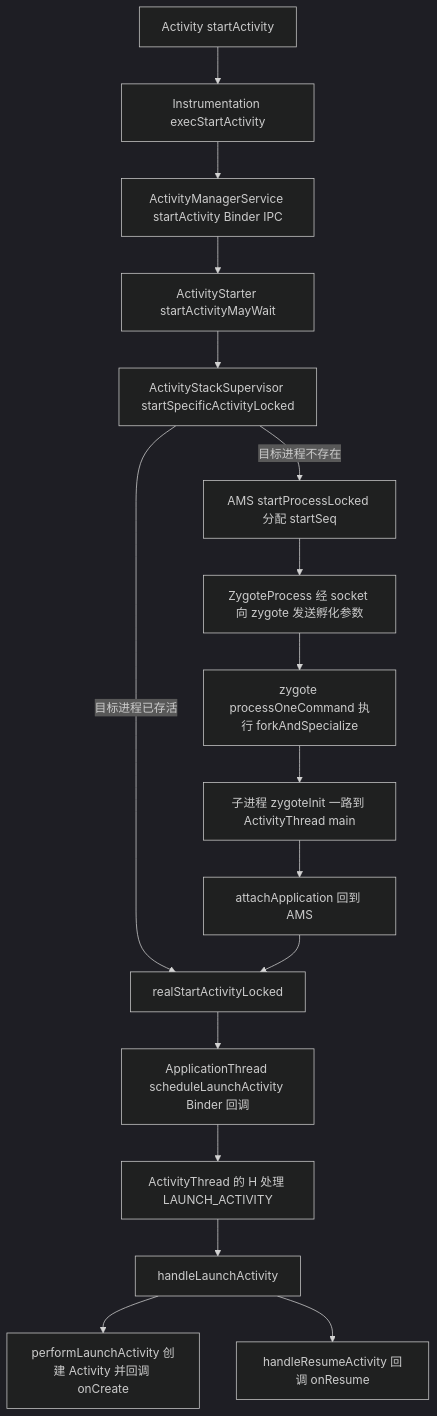
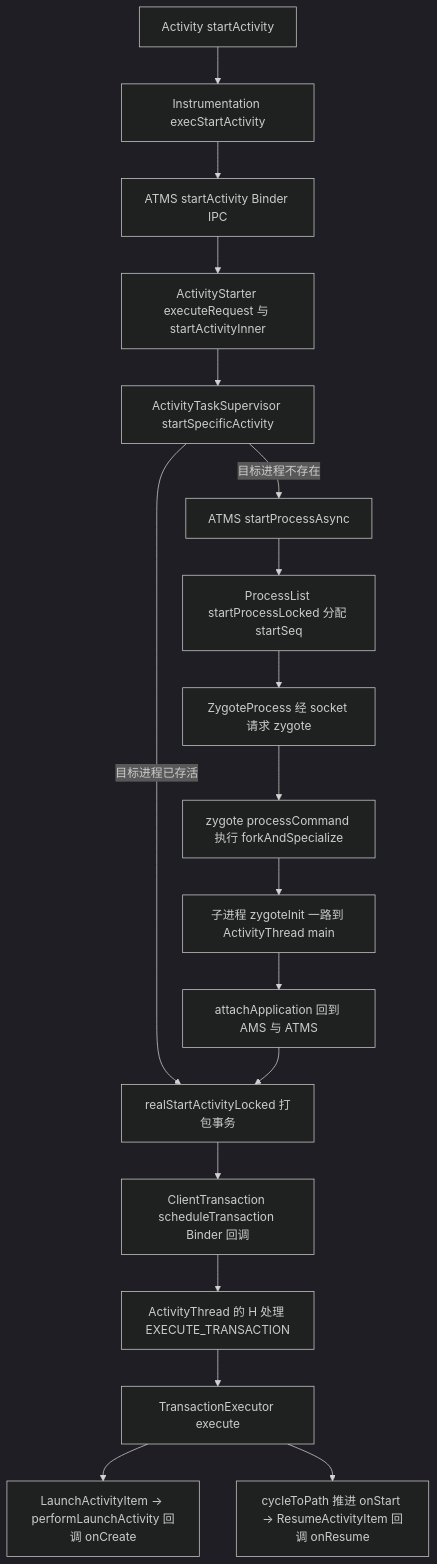
One commit to coswit/coswit.github.io changed the first of 7 diagrams in Android/Android源码分析/AndroidActivity源码分析.md. Above: the diagram before and after it, drawn with Mermaid (dark theme). The commit also changed other lines of this file and 1 other file, not shown here.

````diff
--- a/Android/Android源码分析/AndroidActivity源码分析.md
+++ b/Android/Android源码分析/AndroidActivity源码分析.md
@@ -20,19 +20,20 @@
 ```mermaid
 flowchart TD
     A[Activity startActivity] --> B[Instrumentation execStartActivity]
-    B --> C[ActivityManagerService startActivity Binder IPC]
-    C --> D[ActivityStarter startActivityMayWait]
-    D --> E[ActivityStackSupervisor startSpecificActivityLocked]
-    E -->|目标进程已存活| F[realStartActivityLocked]
-    E -->|目标进程不存在| P[AMS startProcessLocked 分配 startSeq]
-    P --> Q[ZygoteProcess 经 socket 向 zygote 发送孵化参数]
-    Q --> R[zygote processOneCommand 执行 forkAndSpecialize]
-    R --> S[子进程 zygoteInit 一路到 ActivityThread main]
-    S --> T[attachApplication 回到 AMS]
-    T --> F
-    F --> G[ApplicationThread scheduleLaunchActivity Binder 回调]
-    G --> H[ActivityThread 的 H 处理 LAUNCH_ACTIVITY]
-    H --> I[handleLaunchActivity]
-    I --> J[performLaunchActivity 创建 Activity 并回调 onCreate]
-    I --> K[handleResumeActivity 回调 onResume]
+    B --> C[ATMS startActivity Binder IPC]
+    C --> D[ActivityStarter executeRequest 与 startActivityInner]
+    D --> E[ActivityTaskSupervisor startSpecificActivity]
+    E -->|目标进程已存活| F[realStartActivityLocked 打包事务]
+    E -->|目标进程不存在| P[ATMS startProcessAsync]
+    P --> Q[ProcessList startProcessLocked 分配 startSeq]
+    Q --> R[ZygoteProcess 经 socket 请求 zygote]
+    R --> S[zygote processCommand 执行 forkAndSpecialize]
+    S --> T[子进程 zygoteInit 一路到 ActivityThread main]
+    T --> U[attachApplication 回到 AMS 与 ATMS]
+    U --> F
+    F --> G[ClientTransaction scheduleTransaction Binder 回调]
+    G --> H[ActivityThread 的 H 处理 EXECUTE_TRANSACTION]
+    H --> I[TransactionExecutor execute]
+    I --> J[LaunchActivityItem → performLaunchActivity 回调 onCreate]
+    I --> K[cycleToPath 推进 onStart → ResumeActivityItem 回调 onResume]
 ```
````
